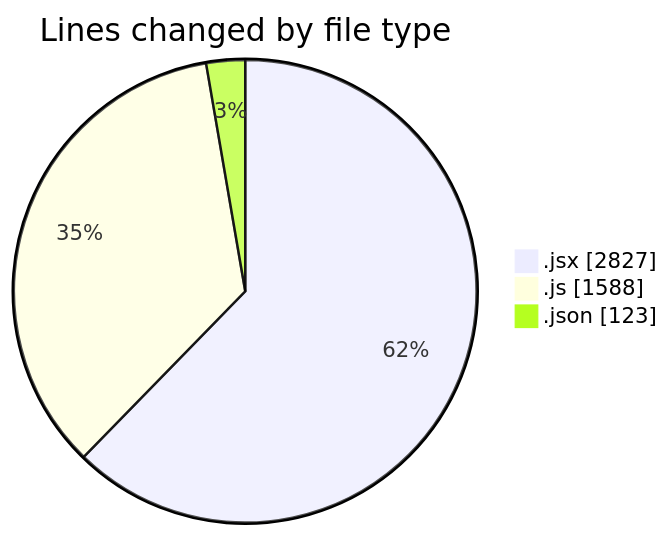
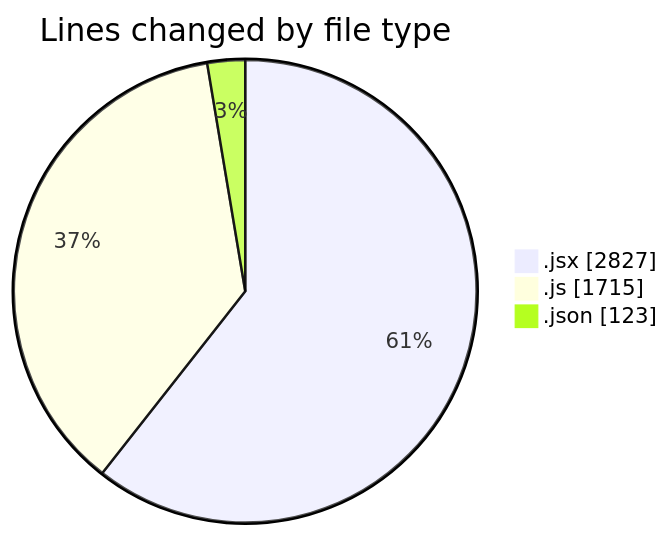
Before and after one commit to nxtqubesakshisongat/code-tracking: the first of 2 diagrams in 2025-12-28/nxtqube_webapp/README.md, drawn with Mermaid. The commit also changed other lines of this file and 1 other file, not shown here.

````diff
--- a/2025-12-28/nxtqube_webapp/README.md
+++ b/2025-12-28/nxtqube_webapp/README.md
@@ -27,7 +27,7 @@
 ```mermaid
 pie showData
 title Lines changed by file type
 ".jsx" : 2827
-".js" : 1588
+".js" : 1715
 ".json" : 123
 ```
````
